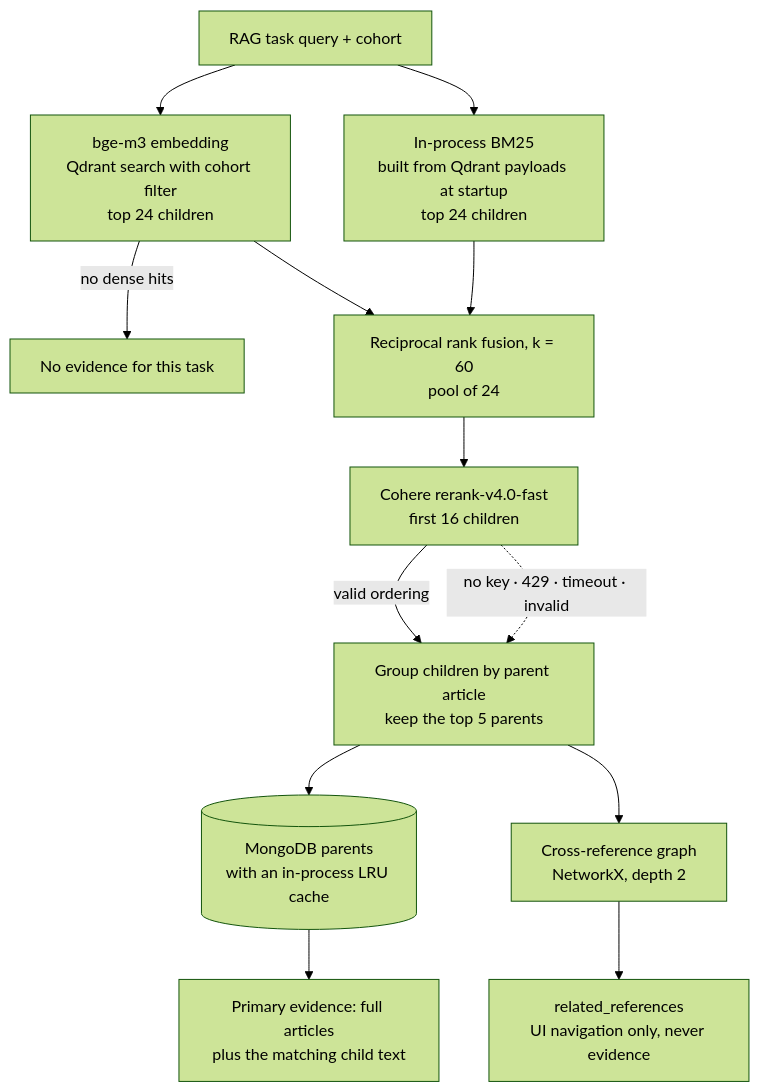
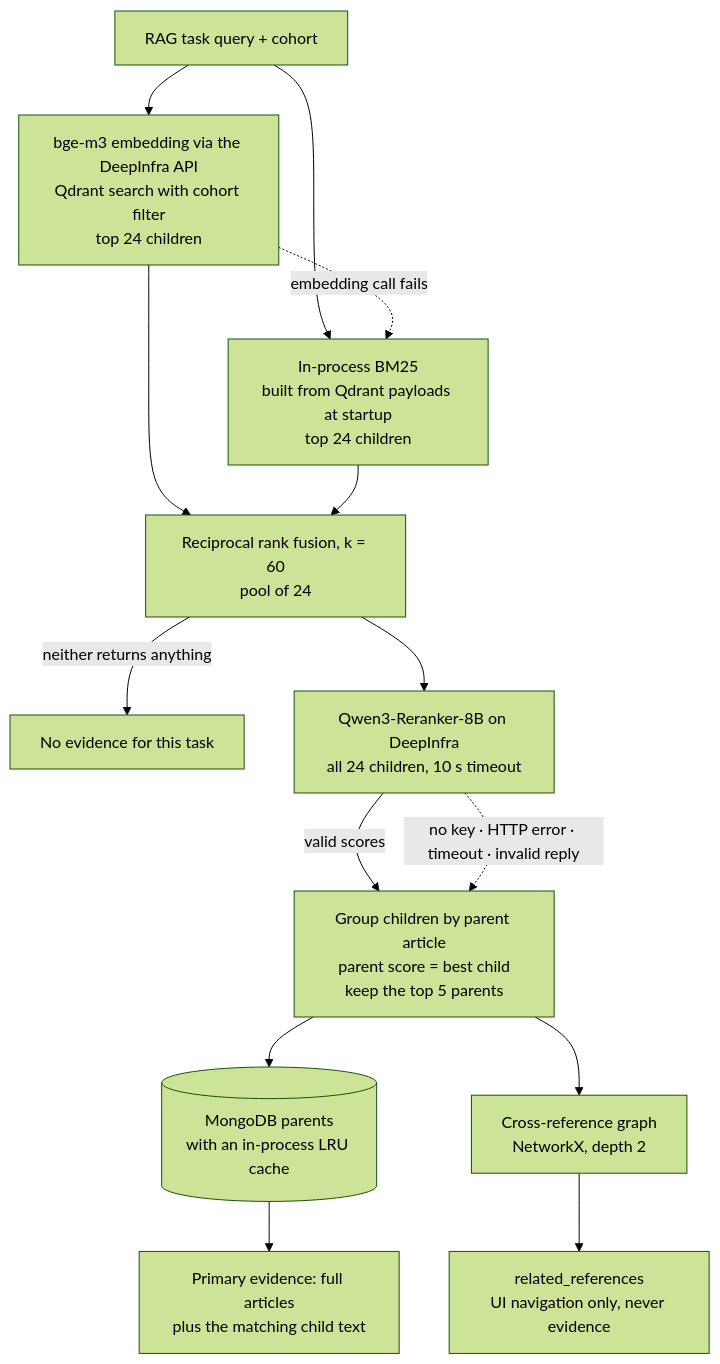
The fourth of 7 diagrams in README.md (AnhPhiNe/student-handbook-rag-chatbot), drawn with Mermaid (forest theme) before and after one commit. The commit also changed other lines of this file and 6 other files, not shown here.

````diff
--- a/README.md
+++ b/README.md
@@ -247,15 +248,16 @@
 ```mermaid
 flowchart TD
-    Q["RAG task query + cohort"] --> Dense["bge-m3 embedding<br/>Qdrant search with cohort filter<br/>top 24 children"]
+    Q["RAG task query + cohort"] --> Dense["bge-m3 embedding via the DeepInfra API<br/>Qdrant search with cohort filter<br/>top 24 children"]
     Q --> Lex["In-process BM25<br/>built from Qdrant payloads at startup<br/>top 24 children"]
-    Dense -->|no dense hits| None["No evidence for this task"]
+    Dense -.->|embedding call fails| Lex
     Dense --> RRF["Reciprocal rank fusion, k = 60<br/>pool of 24"]
     Lex --> RRF
-    RRF --> Rerank["Cohere rerank-v4.0-fast<br/>first 16 children"]
-    Rerank -->|valid ordering| Group["Group children by parent article<br/>keep the top 5 parents"]
-    Rerank -.->|"no key · 429 · timeout · invalid"| Group
+    RRF -->|"neither returns anything"| None["No evidence for this task"]
+    RRF --> Rerank["Qwen3-Reranker-8B on DeepInfra<br/>all 24 children, 10 s timeout"]
+    Rerank -->|valid scores| Group["Group children by parent article<br/>parent score = best child<br/>keep the top 5 parents"]
+    Rerank -.->|"no key · HTTP error · timeout · invalid reply"| Group
     Group --> Mongo[("MongoDB parents<br/>with an in-process LRU cache")]
     Mongo --> Evidence["Primary evidence: full articles<br/>plus the matching child text"]
     Group --> Graph["Cross-reference graph<br/>NetworkX, depth 2"]
     Graph --> Related["related_references<br/>UI navigation only, never evidence"]
 ```
````
